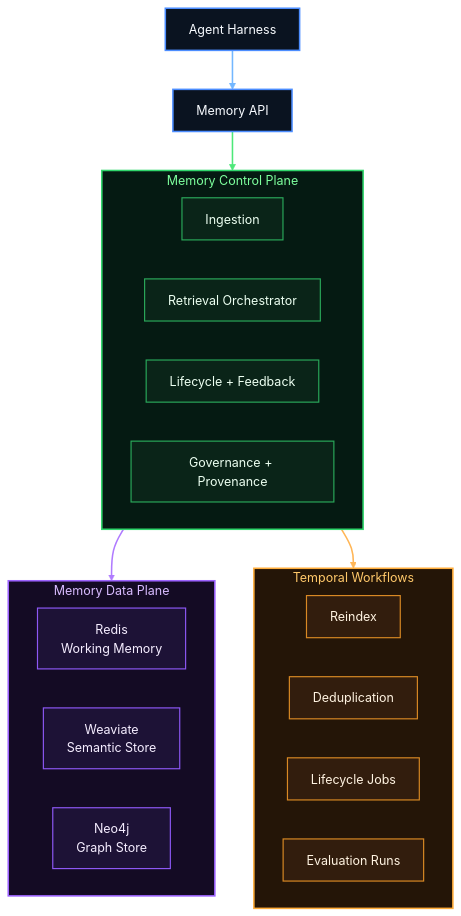
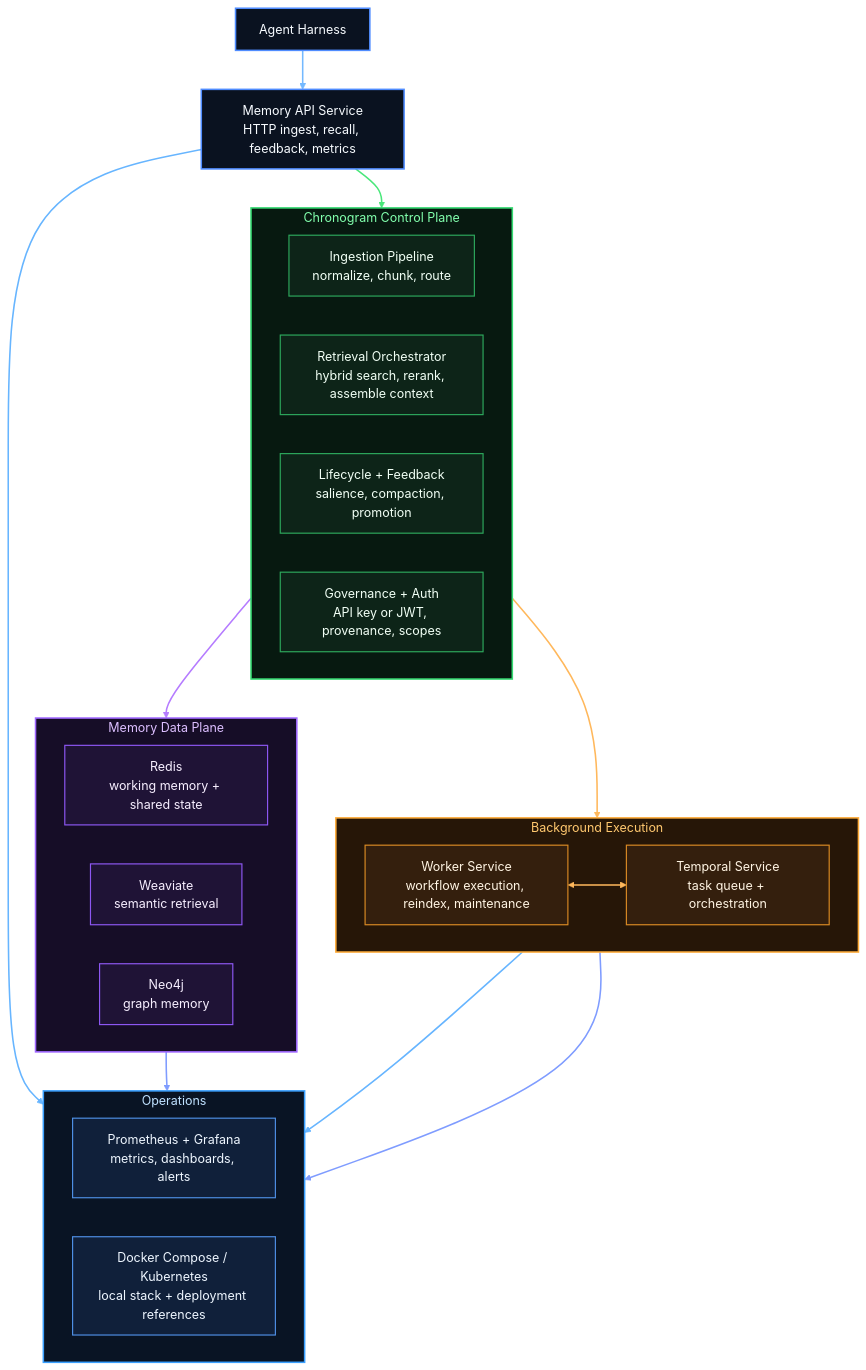
The diagram in README.md (EddiksonPena/Chronogram), drawn with Mermaid before and after one commit. The commit also changed other lines of this file and 1 other file, not shown here.

Commit message:
Consolidate architecture documentation

````diff
--- a/README.md
+++ b/README.md
@@ -61,55 +57,73 @@
 ```mermaid
-flowchart TD
+flowchart TB
     A["Agent Harness"]
-    B["Memory API"]
+    B["Memory API Service<br/>HTTP ingest, recall, feedback, metrics"]
 
     A --> B
 
-    subgraph C["Memory Control Plane"]
+    subgraph C["Chronogram Control Plane"]
         direction LR
-        C1["Ingestion"]
-        C2["Retrieval Orchestrator"]
-        C3["Lifecycle + Feedback"]
-        C4["Governance + Provenance"]
+        C1["Ingestion Pipeline<br/>normalize, chunk, route"]
+        C2["Retrieval Orchestrator<br/>hybrid search, rerank, assemble context"]
+        C3["Lifecycle + Feedback<br/>salience, compaction, promotion"]
+        C4["Governance + Auth<br/>API key or JWT, provenance, scopes"]
     end
 
     subgraph D["Memory Data Plane"]
         direction LR
-        D1["Redis<br/>Working Memory"]
-        D2["Weaviate<br/>Semantic Store"]
-        D3["Neo4j<br/>Graph Store"]
+        D1["Redis<br/>working memory + shared state"]
+        D2["Weaviate<br/>semantic retrieval"]
+        D3["Neo4j<br/>graph memory"]
     end
 
-    subgraph E["Temporal Workflows"]
+    subgraph E["Background Execution"]
         direction LR
-        E1["Reindex"]
-        E2["Deduplication"]
-        E3["Lifecycle Jobs"]
-        E4["Evaluation Runs"]
+        E1["Worker Service<br/>workflow execution, reindex, maintenance"]
+        E2["Temporal Service<br/>task queue + orchestration"]
+    end
+
+    subgraph F["Operations"]
+        direction LR
+        F1["Prometheus + Grafana<br/>metrics, dashboards, alerts"]
+        F2["Docker Compose / Kubernetes<br/>local stack + deployment references"]
     end
 
     B --> C
     C --> D
-    C --> E
+    C --> E1
+    E1 <--> E2
+    B --> F1
+    E1 --> F1
+    D --> F2
+    E2 --> F2
 
-    classDef top fill:#0a1320,stroke:#4c8dff,color:#f8fbff,stroke-width:2px;
-    classDef control fill:#051a12,stroke:#2fd66b,color:#7dff9d,stroke-width:2px;
-    classDef controlItem fill:#0a2418,stroke:#2aa85a,color:#ecfff1,stroke-width:1.5px;
-    classDef data fill:#140b24,stroke:#9d63ff,color:#d9bcff,stroke-width:2px;
-    classDef dataItem fill:#1d1236,stroke:#8d58f5,color:#f5edff,stroke-width:1.5px;
-    classDef workflow fill:#241507,stroke:#ffad3b,color:#ffc86a,stroke-width:2px;
-    classDef workflowItem fill:#321d0d,stroke:#d98924,color:#fff3e1,stroke-width:1.5px;
+    classDef top fill:#0a1220,stroke:#4f8cff,color:#f7fbff,stroke-width:2px;
+    classDef control fill:#071910,stroke:#35db72,color:#82ffad,stroke-width:2px;
+    classDef controlItem fill:#0d2418,stroke:#2da85c,color:#f1fff5,stroke-width:1.5px;
+    classDef data fill:#160d27,stroke:#9f67ff,color:#dcbfff,stroke-width:2px;
+    classDef dataItem fill:#1f1336,stroke:#8d57f2,color:#f7efff,stroke-width:1.5px;
+    classDef workflow fill:#261607,stroke:#ffad3b,color:#ffc86f,stroke-width:2px;
+    classDef workflowItem fill:#341f0d,stroke:#d98a24,color:#fff4e3,stroke-width:1.5px;
+    classDef ops fill:#091424,stroke:#3aa0ff,color:#bfe1ff,stroke-width:2px;
+    classDef opsItem fill:#10203a,stroke:#4e8fe4,color:#eef6ff,stroke-width:1.5px;
 
     class A,B top;
     class C control;
     class C1,C2,C3,C4 controlItem;
     class D data;
     class D1,D2,D3 dataItem;
     class E workflow;
-    class E1,E2,E3,E4 workflowItem;
+    class E1,E2 workflowItem;
+    class F ops;
+    class F1,F2 opsItem;
 
-    linkStyle 0 stroke:#73b7ff,stroke-width:2px
-    linkStyle 1 stroke:#4de879,stroke-width:2px
-    linkStyle 2 stroke:#b07bff,stroke-width:2px
-    linkStyle 3 stroke:#ffb657,stroke-width:2px
+    linkStyle 0 stroke:#74b9ff,stroke-width:2px
+    linkStyle 1 stroke:#49e77a,stroke-width:2px
+    linkStyle 2 stroke:#b57cff,stroke-width:2px
+    linkStyle 3 stroke:#ffb85c,stroke-width:2px
+    linkStyle 4 stroke:#ffb85c,stroke-width:2px
+    linkStyle 5 stroke:#67b5ff,stroke-width:2px
+    linkStyle 6 stroke:#67b5ff,stroke-width:2px
+    linkStyle 7 stroke:#7f9cff,stroke-width:2px
+    linkStyle 8 stroke:#7f9cff,stroke-width:2px
 ```
````
